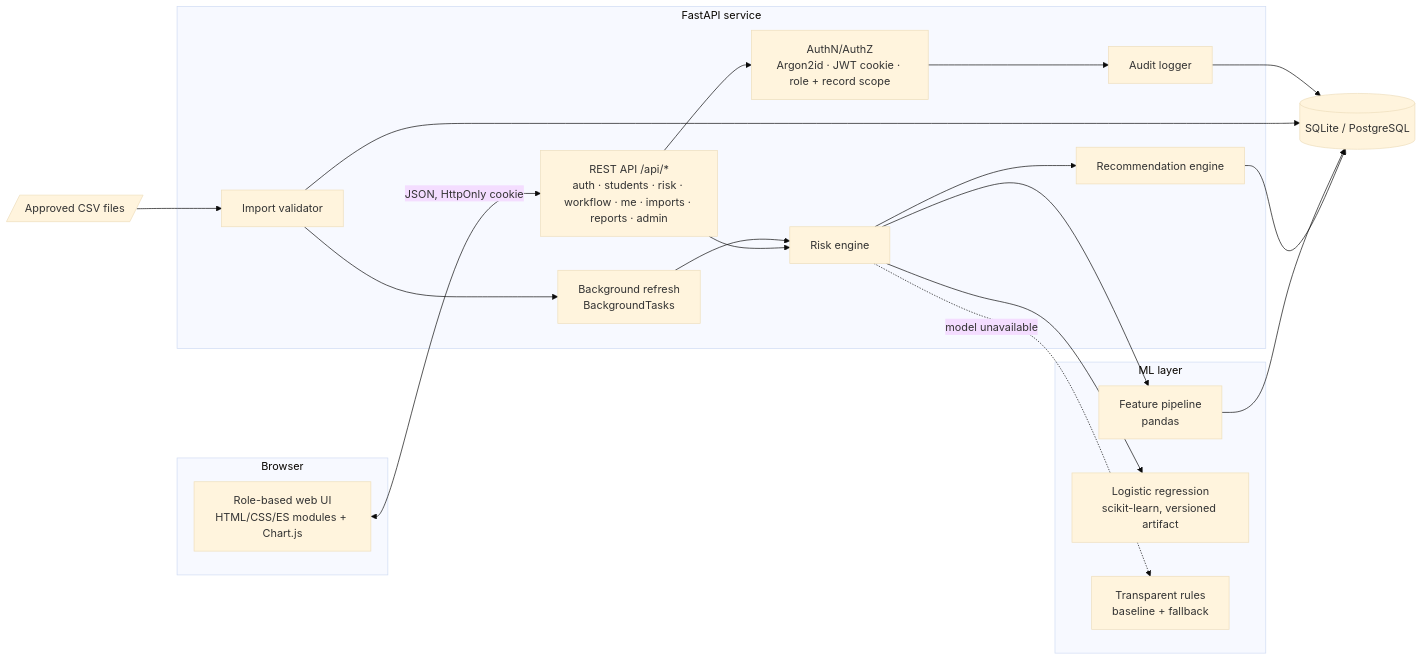
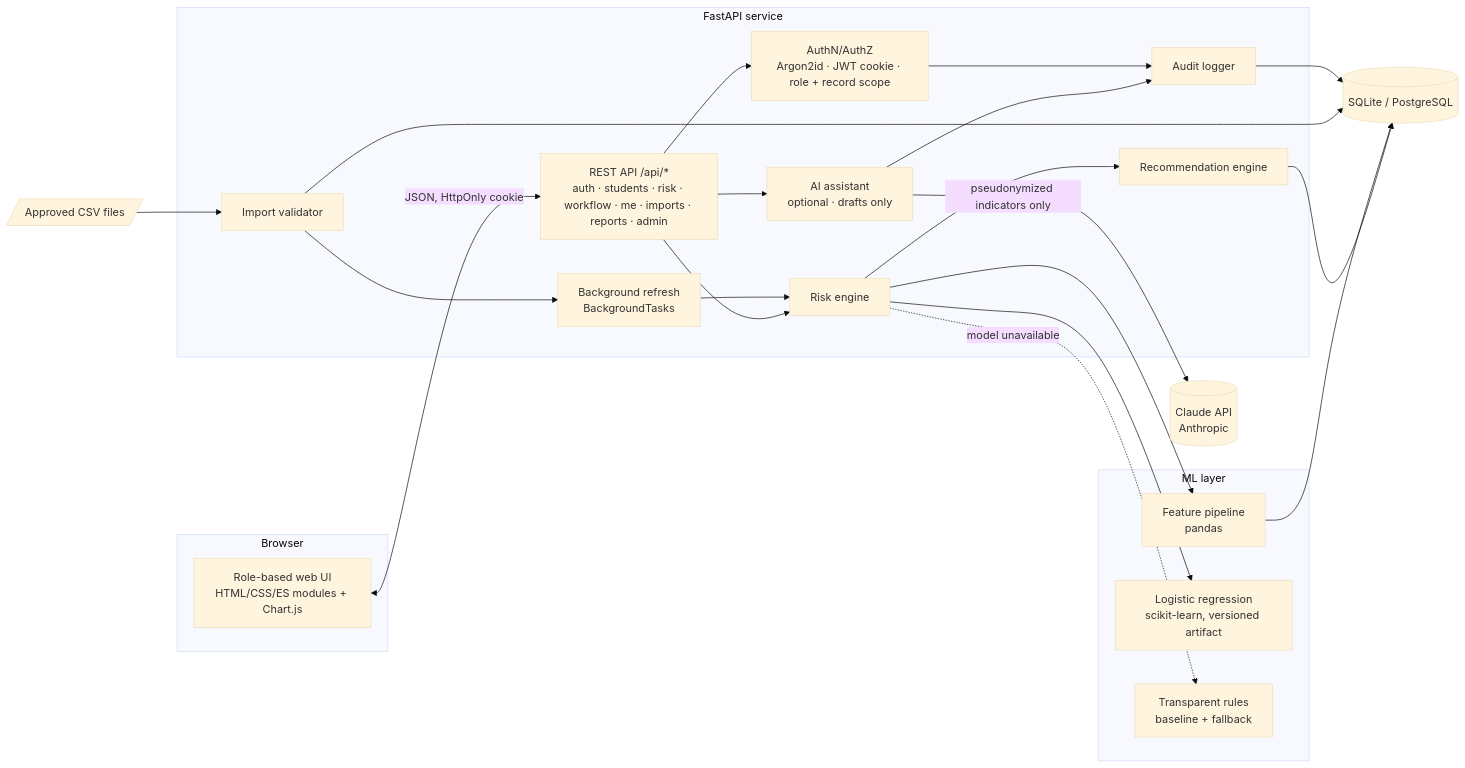
Before and after one commit to shariar165/saews: the first of 4 diagrams in docs/architecture.md, drawn with Mermaid (base theme). The commit also changed 24 other files, not shown here.

First line of the commit message:
Add optional generative AI assistant (Claude), phases 1 and 2

````diff
--- a/docs/architecture.md
+++ b/docs/architecture.md
@@ -5,31 +5,35 @@
 ```mermaid
 flowchart LR
   subgraph Browser
     UI[Role-based web UI<br/>HTML/CSS/ES modules + Chart.js]
   end
   subgraph Server[FastAPI service]
     API[REST API /api/*<br/>auth · students · risk · workflow · me · imports · reports · admin]
     AUTH[AuthN/AuthZ<br/>Argon2id · JWT cookie · role + record scope]
     RISK[Risk engine]
     REC[Recommendation engine]
     IMP[Import validator]
     AUD[Audit logger]
+    AI[AI assistant<br/>optional · drafts only]
     BG[Background refresh<br/>BackgroundTasks]
   end
   subgraph ML[ML layer]
     FEAT[Feature pipeline<br/>pandas]
     MODEL[Logistic regression<br/>scikit-learn, versioned artifact]
     RULES[Transparent rules<br/>baseline + fallback]
   end
   DB[(SQLite / PostgreSQL)]
   CSV[/Approved CSV files/]
 
   UI <-->|JSON, HttpOnly cookie| API
   API --> AUTH --> AUD --> DB
   CSV --> IMP --> DB
   IMP --> BG --> RISK
   API --> RISK --> FEAT --> DB
   RISK --> MODEL
   RISK -. model unavailable .-> RULES
   RISK --> REC --> DB
+  API --> AI
+  AI -->|pseudonymized indicators only| CLAUDE[(Claude API<br/>Anthropic)]
+  AI --> AUD
 ```
````
